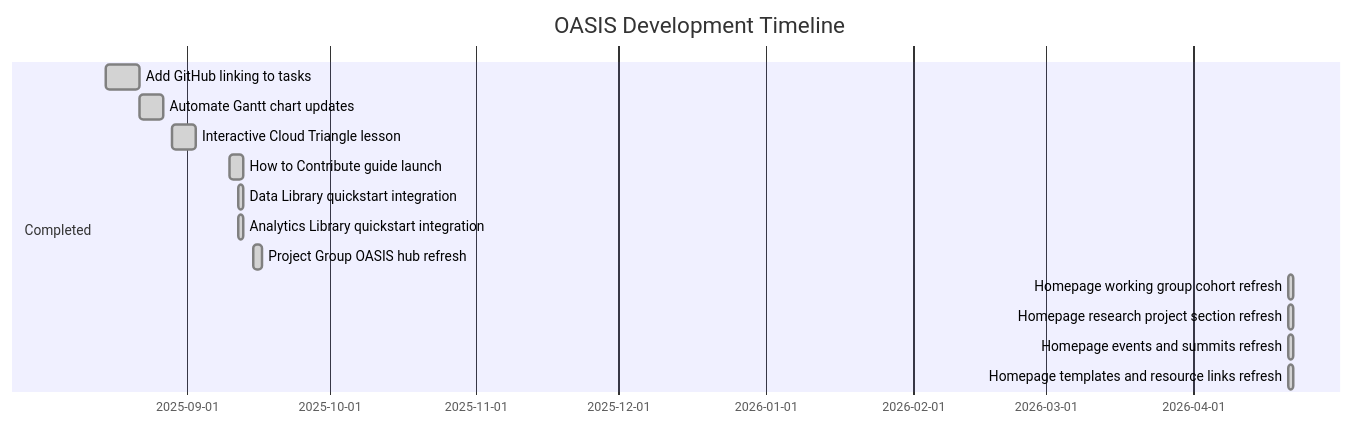
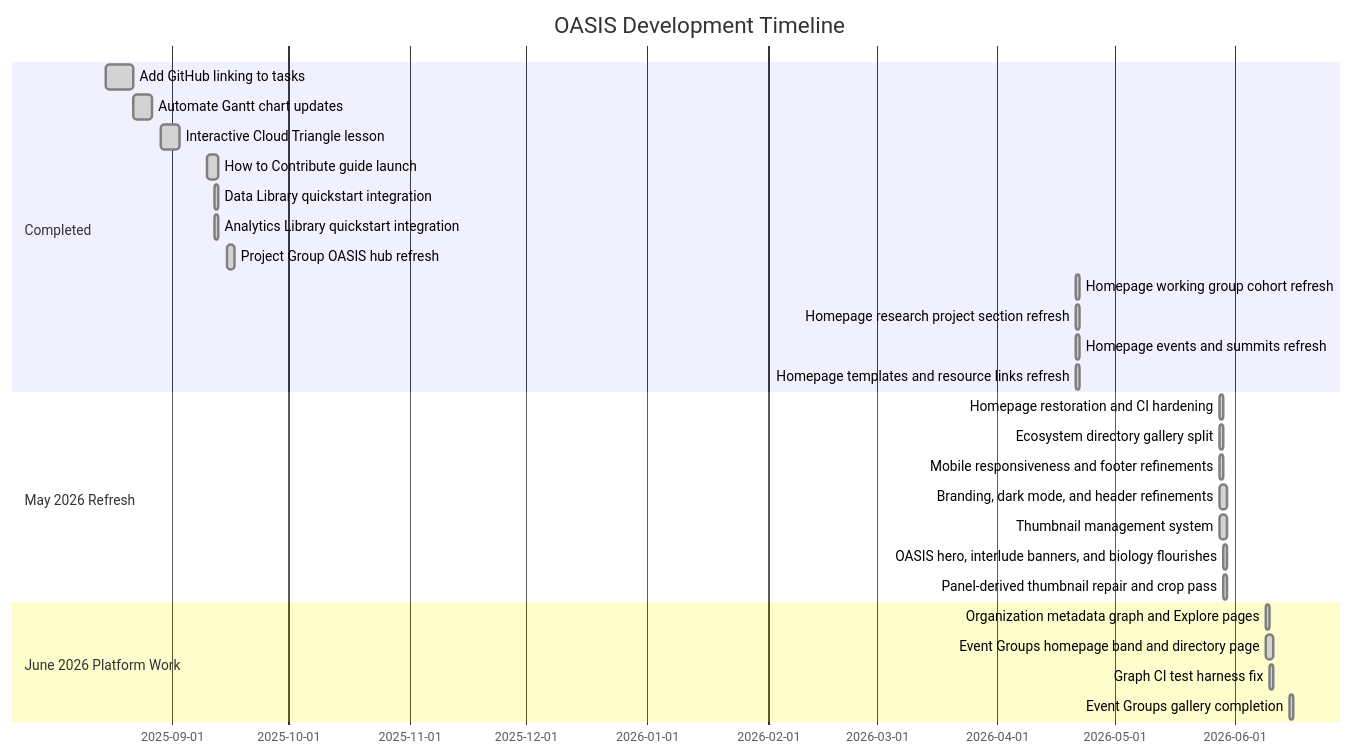
Before and after one commit to CU-ESIIL/home: the diagram in docs/dev-schedule.md, drawn with Mermaid. The commit also changed other lines of this file and 21 other files, not shown here.

Commit message:
event groups galleries

````diff
--- a/docs/dev-schedule.md
+++ b/docs/dev-schedule.md
@@ -85,19 +174,32 @@
 ```mermaid
 gantt
     dateFormat  YYYY-MM-DD
     title OASIS Development Timeline
 %% gantt-start
     section Completed
     Add GitHub linking to tasks  :done, plan1, 2025-08-15, 7d
     Automate Gantt chart updates  :done, plan2, 2025-08-22, 5d
     Interactive Cloud Triangle lesson  :done, plan3, 2025-08-29, 5d
     How to Contribute guide launch  :done, plan4, 2025-09-10, 3d
     Data Library quickstart integration  :done, plan5, 2025-09-12, 1d
     Analytics Library quickstart integration  :done, plan6, 2025-09-12, 1d
     Project Group OASIS hub refresh  :done, plan7, 2025-09-15, 2d
     Homepage working group cohort refresh  :done, plan8, 2026-04-21, 1d
     Homepage research project section refresh  :done, plan9, 2026-04-21, 1d
     Homepage events and summits refresh  :done, plan10, 2026-04-21, 1d
     Homepage templates and resource links refresh  :done, plan11, 2026-04-21, 1d
+    section May 2026 Refresh
+    Homepage restoration and CI hardening :done, may1, 2026-05-28, 1d
+    Ecosystem directory gallery split :done, may2, 2026-05-28, 1d
+    Mobile responsiveness and footer refinements :done, may3, 2026-05-28, 1d
+    Branding, dark mode, and header refinements :done, may4, 2026-05-28, 2d
+    Thumbnail management system :done, may5, 2026-05-28, 2d
+    OASIS hero, interlude banners, and biology flourishes :done, may6, 2026-05-29, 1d
+    Panel-derived thumbnail repair and crop pass :done, may7, 2026-05-29, 1d
+    section June 2026 Platform Work
+    Organization metadata graph and Explore pages :done, jun1, 2026-06-09, 1d
+    Event Groups homepage band and directory page :done, jun2, 2026-06-09, 2d
+    Graph CI test harness fix :done, jun3, 2026-06-10, 1d
+    Event Groups gallery completion :done, jun4, 2026-06-15, 1d
 %% gantt-end
 ```
````
